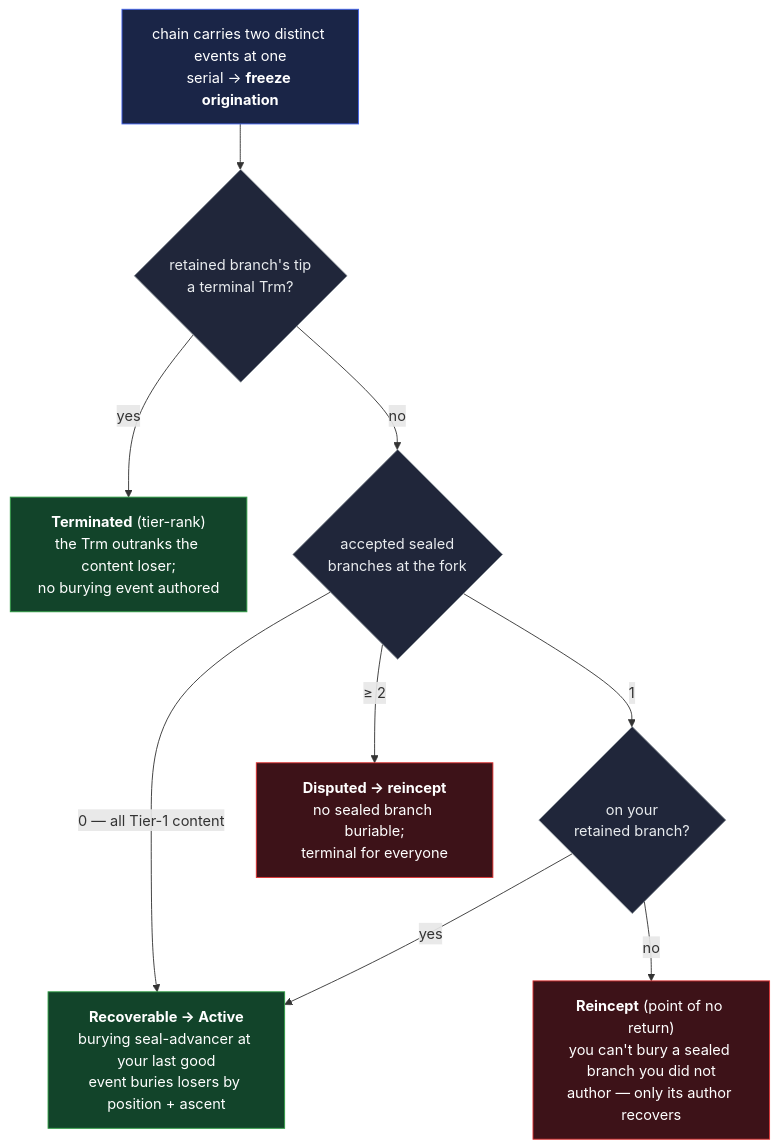
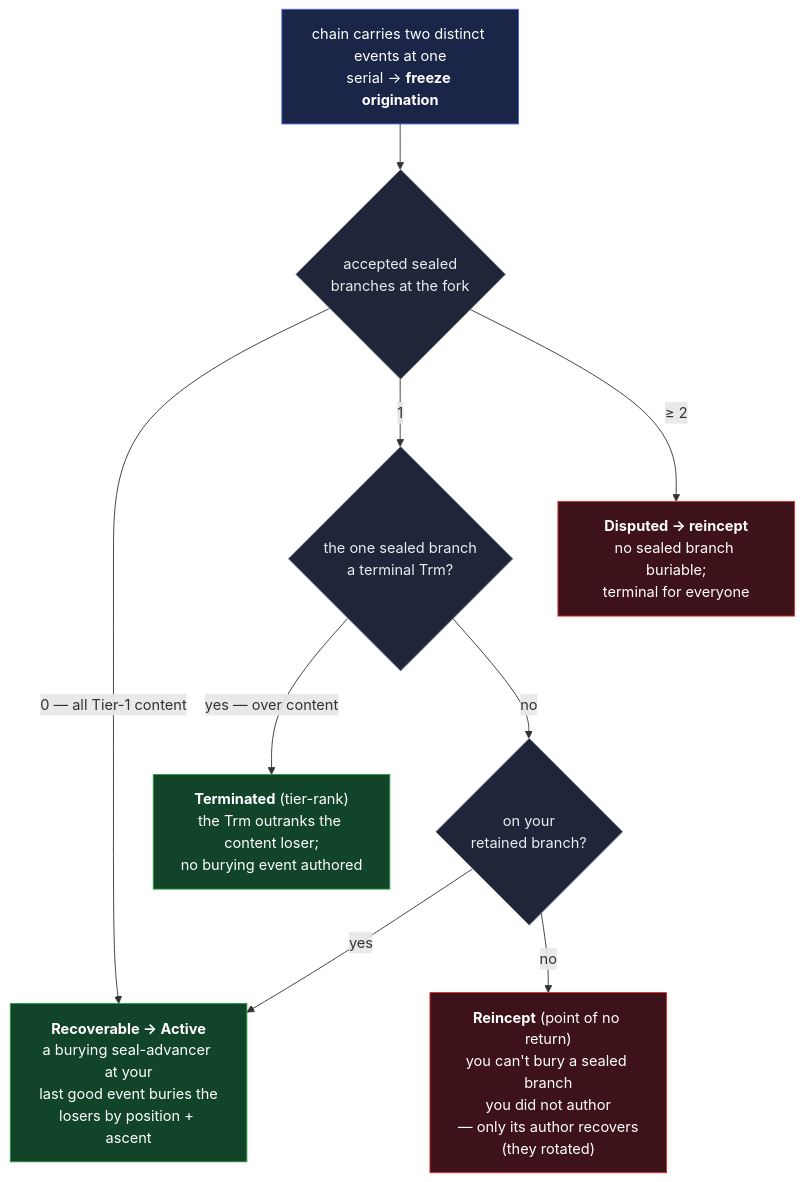
One commit to jasoncolburne/vdti changed the first of 4 diagrams in docs/design/protocol-doctrine.md. Above: the diagram before and after it, drawn with Mermaid. The commit also changed other lines of this file and 3 other files, not shown here.

````diff
--- a/docs/design/protocol-doctrine.md
+++ b/docs/design/protocol-doctrine.md
@@ -394,16 +396,16 @@
 ```mermaid
 flowchart TD
   A["chain carries two distinct events at one<br/>serial → <b>freeze origination</b>"]:::start
-  A --> T{"retained branch's tip<br/>a terminal Trm?"}:::q
-  T -->|yes| TR["<b>Terminated</b> (tier-rank)<br/>the Trm outranks the content loser;<br/>no burying event authored"]:::good
-  T -->|no| N{"accepted sealed<br/>branches at the fork"}:::q
-  N -->|"0 — all Tier-1 content"| R["<b>Recoverable → Active</b><br/>burying seal-advancer at your last good<br/>event buries losers by position + ascent"]:::good
-  N -->|"1"| F{"on your<br/>retained branch?"}:::q
+  A --> N{"accepted sealed<br/>branches at the fork"}:::q
+  N -->|"0 — all Tier-1 content"| R["<b>Recoverable → Active</b><br/>a burying seal-advancer at your<br/>last good event buries the<br/>losers by position + ascent"]:::good
+  N -->|"1"| M{"the one sealed branch<br/>a terminal Trm?"}:::q
+  M -->|"yes — over content"| TR["<b>Terminated</b> (tier-rank)<br/>the Trm outranks the content loser;<br/>no burying event authored"]:::good
+  M -->|"no"| F{"on your<br/>retained branch?"}:::q
   F -->|yes| R
-  F -->|no| PR["<b>Reincept</b> (point of no return)<br/>you can't bury a sealed branch you did not<br/>author — only its author recovers"]:::bad
+  F -->|no| PR["<b>Reincept</b> (point of no return)<br/>you can't bury a sealed branch<br/>you did not author<br/>— only its author recovers<br/>(they rotated)"]:::bad
   N -->|"≥ 2"| DP["<b>Disputed → reincept</b><br/>no sealed branch buriable;<br/>terminal for everyone"]:::bad
   classDef start fill:#1a2547,stroke:#4263eb,color:#fff
   classDef q fill:#20263a,stroke:#868e96,color:#e9ecef
   classDef good fill:#12442a,stroke:#2f9e44,color:#fff
   classDef bad fill:#3d1218,stroke:#e03131,color:#fff
 ```
````
